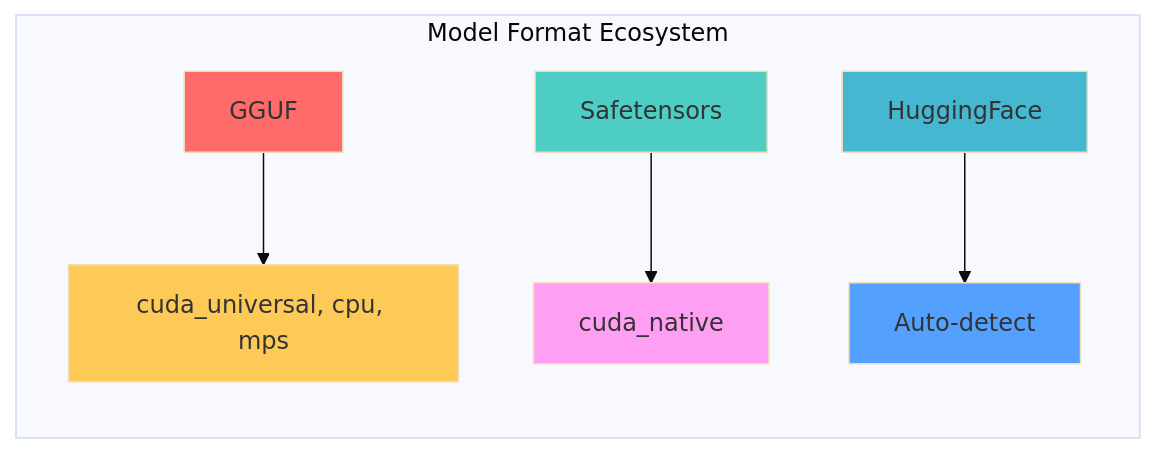
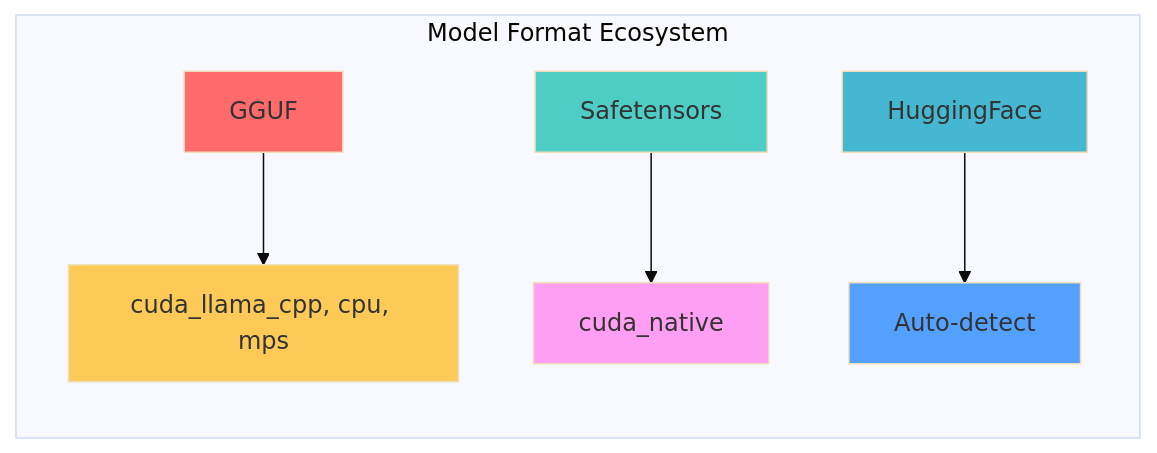
The fourth of 7 diagrams in docs/BACKEND_DEVELOPMENT.md (vjsingh1984/inferflux), drawn with Mermaid (base theme) before and after one commit. The commit also changed other lines of this file and 35 other files, not shown here.

First line of the commit message:
Rename "universal" backend to "llama_cpp" for clarity

````diff
--- a/docs/BACKEND_DEVELOPMENT.md
+++ b/docs/BACKEND_DEVELOPMENT.md
@@ -276,15 +276,15 @@
 ```mermaid
 graph LR
     subgraph "Model Format Ecosystem"
-        A[GGUF] --> D[cuda_universal, cpu, mps]
+        A[GGUF] --> D[cuda_llama_cpp, cpu, mps]
         B[Safetensors] --> E[cuda_native]
         C[HuggingFace] --> F[Auto-detect]
     end
 
     style A fill:#ff6b6b
     style B fill:#4ecdc4
     style C fill:#45b7d1
     style D fill:#feca57
     style E fill:#ff9ff3
     style F fill:#54a0ff
 ```
````
